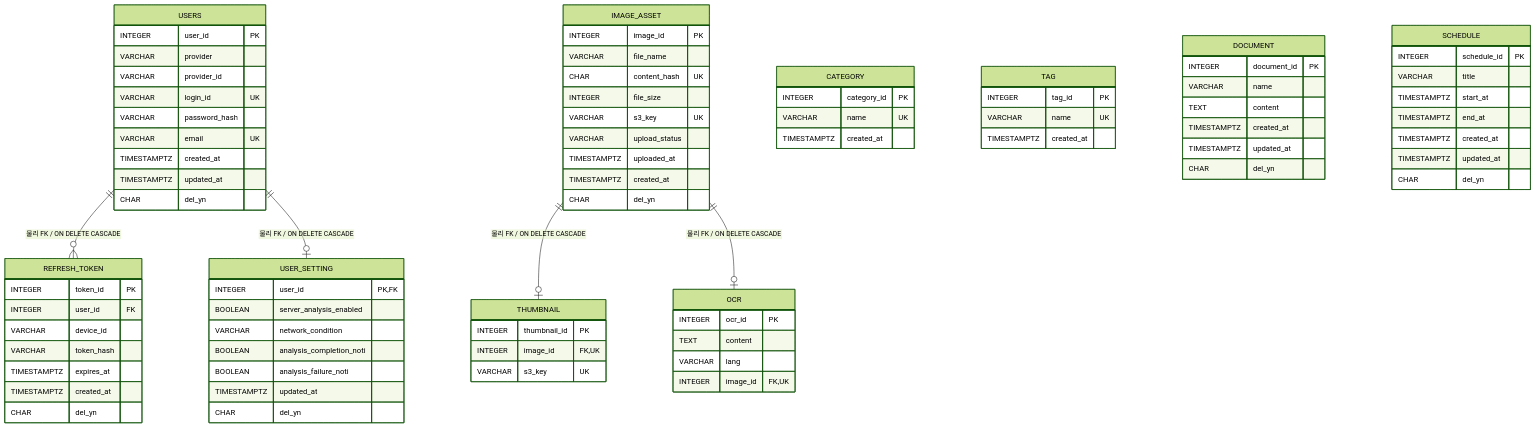
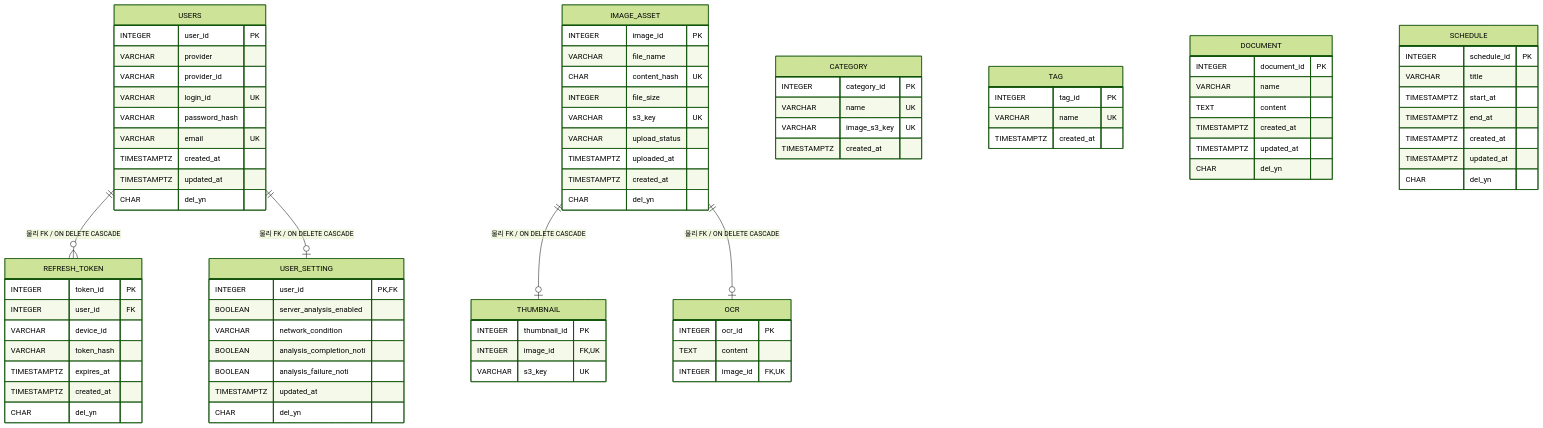
Before and after one commit to hantawon123/MODERA: the first of 4 diagrams in backend/docs/database-erd.md, drawn with Mermaid (forest theme). The commit also changed other lines of this file and 4 other files, not shown here.

```diff
--- a/backend/docs/database-erd.md
+++ b/backend/docs/database-erd.md
@@ -87,13 +88,13 @@
     OCR {
         INTEGER ocr_id PK
         TEXT content
-        VARCHAR lang
         INTEGER image_id FK, UK
     }
 
     CATEGORY {
         INTEGER category_id PK
         VARCHAR name UK
+        VARCHAR image_s3_key UK
         TIMESTAMPTZ created_at
     }
 
```
